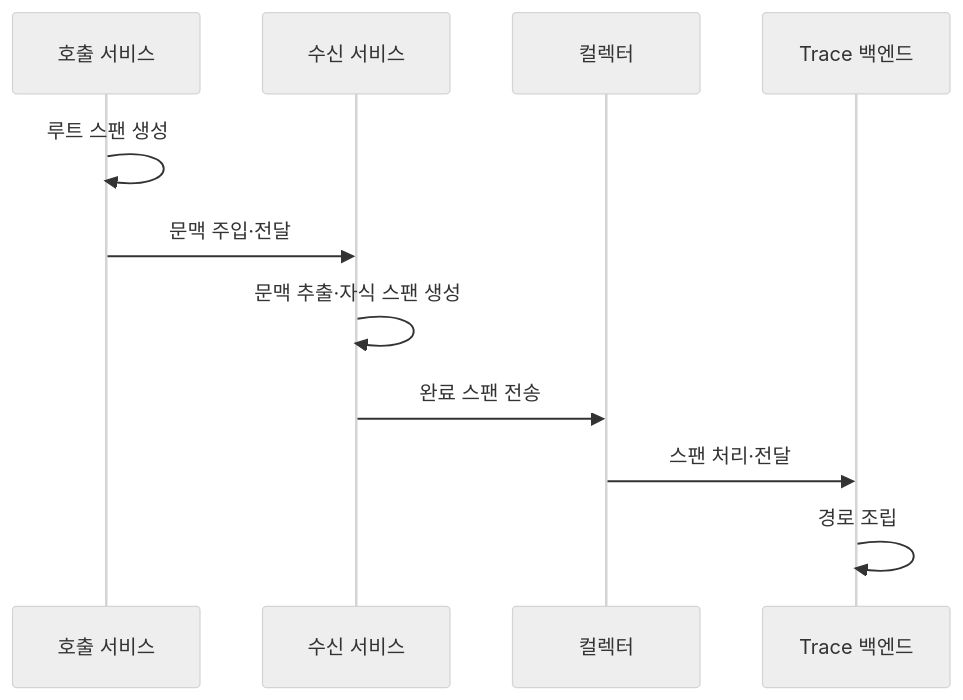
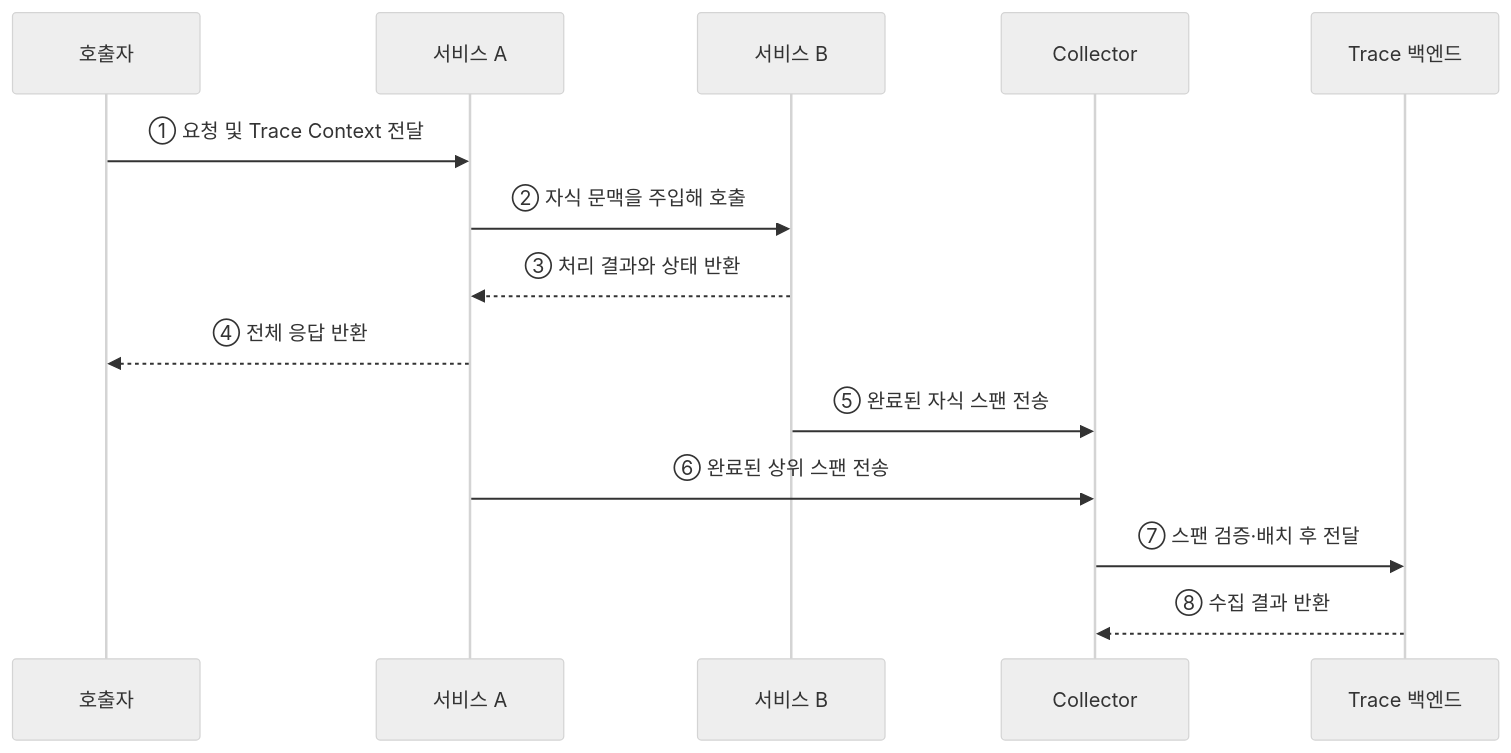
One commit to agnusdei1207/knowledge-base changed the second of 2 diagrams in src/content/docs/notes/03-software/163_distributed_tracing.md. Above: the diagram before and after it, drawn with Mermaid (neutral theme). The commit also changed other lines of this file and 20 other files, not shown here.

````diff
--- a/src/content/docs/notes/03-software/163_distributed_tracing.md
+++ b/src/content/docs/notes/03-software/163_distributed_tracing.md
@@ -79,13 +70,16 @@
 ```mermaid
 sequenceDiagram
-    participant C as 호출 서비스
-    participant R as 수신 서비스
-    participant K as 컬렉터
-    participant B as Trace 백엔드
-    C->>C: 루트 스팬 생성
-    C->>R: 문맥 주입·전달
-    R->>R: 문맥 추출·자식 스팬 생성
-    R->>K: 완료 스팬 전송
-    K->>B: 스팬 처리·전달
-    B->>B: 경로 조립
+    participant C as 호출자
+    participant A as 서비스 A
+    participant B as 서비스 B
+    participant K as Collector
+    participant T as Trace 백엔드
+    C->>A: ① 요청 및 Trace Context 전달
+    A->>B: ② 자식 문맥을 주입해 호출
+    B-->>A: ③ 처리 결과와 상태 반환
+    A-->>C: ④ 전체 응답 반환
+    B->>K: ⑤ 완료된 자식 스팬 전송
+    A->>K: ⑥ 완료된 상위 스팬 전송
+    K->>T: ⑦ 스팬 검증·배치 후 전달
+    T-->>K: ⑧ 수집 결과 반환
 ```
````
